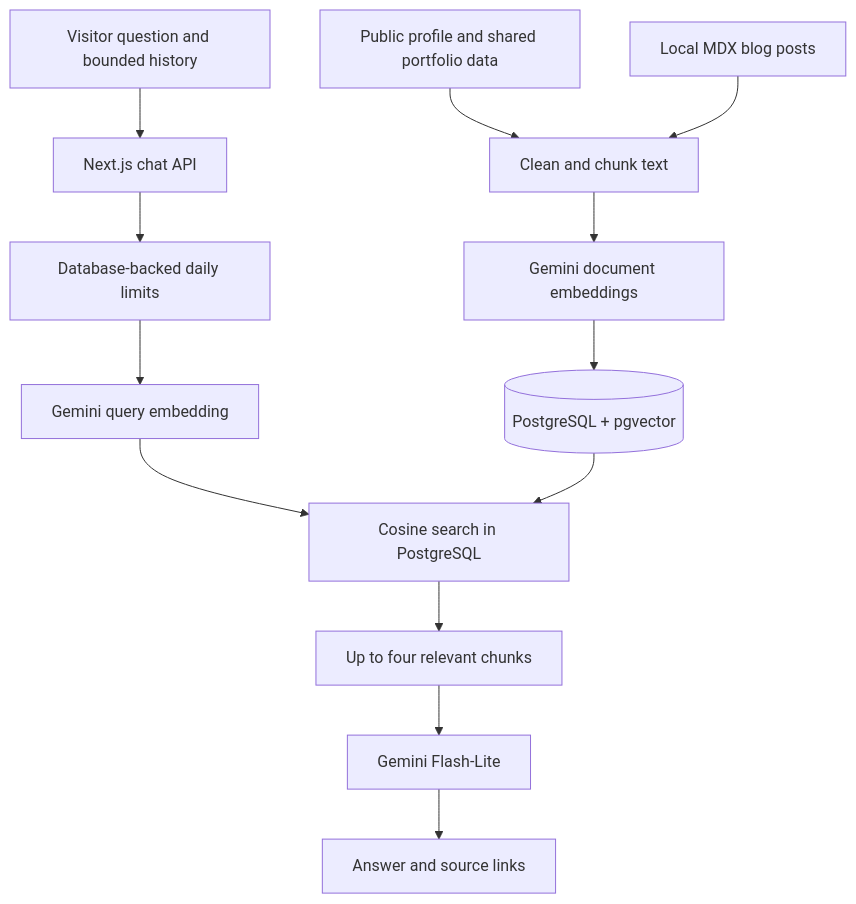
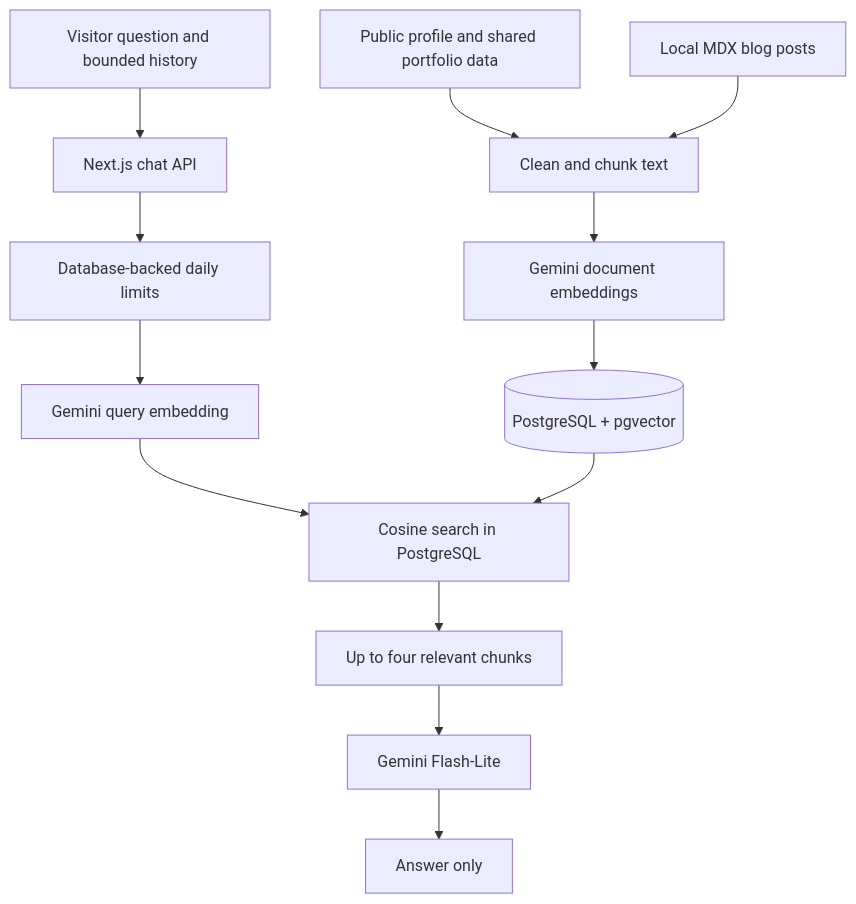
One commit to anupPradhan0/portfolio.sh changed the diagram in docs/knowledge-base.md. Above: the diagram before and after it, drawn with Mermaid. The commit also changed other lines of this file and 1 other file, not shown here.

Commit message:
docs(rag): describe answer-only chat responses

````diff
--- a/docs/knowledge-base.md
+++ b/docs/knowledge-base.md
@@ -37,15 +37,15 @@
 ```mermaid
 flowchart TD
   P[Public profile and shared portfolio data] --> C[Clean and chunk text]
   B[Local MDX blog posts] --> C
   C --> E[Gemini document embeddings]
   E --> D[(PostgreSQL + pgvector)]
   Q[Visitor question and bounded history] --> A[Next.js chat API]
   A --> R[Database-backed daily limits]
   R --> V[Gemini query embedding]
   V --> S[Cosine search in PostgreSQL]
   D --> S
   S --> K[Up to four relevant chunks]
   K --> G[Gemini Flash-Lite]
-  G --> U[Answer and source links]
+  G --> U[Answer only]
 ```
````
